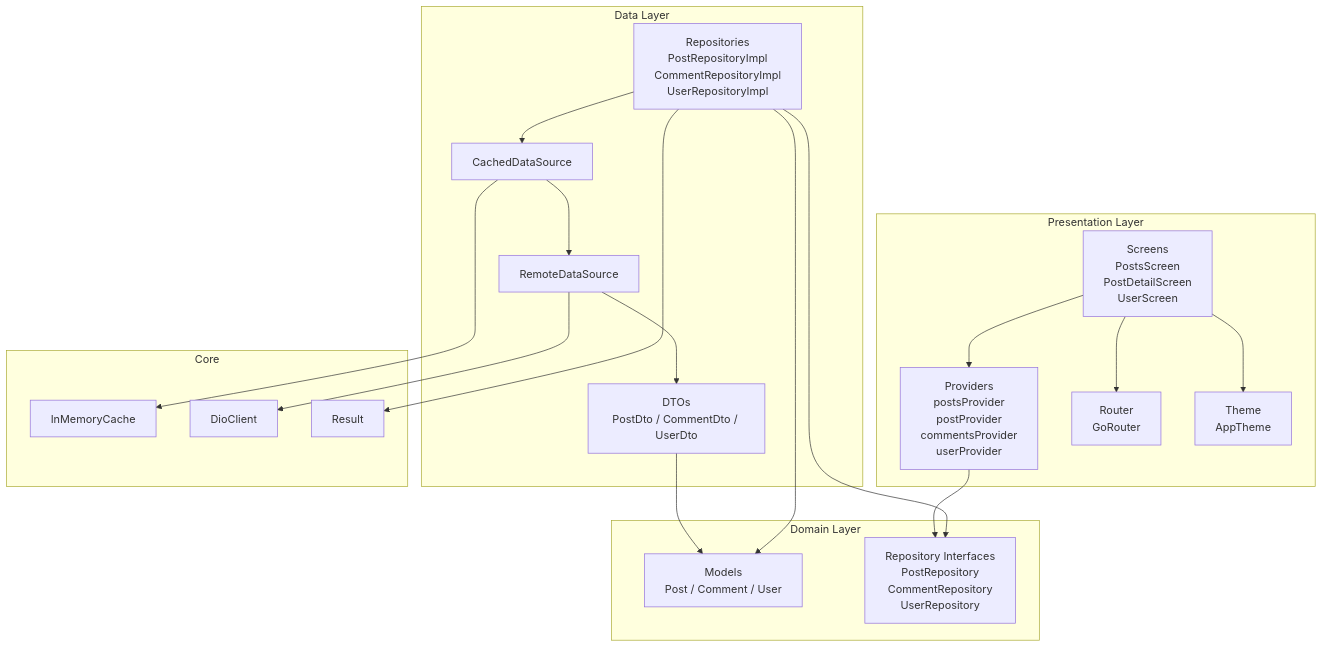
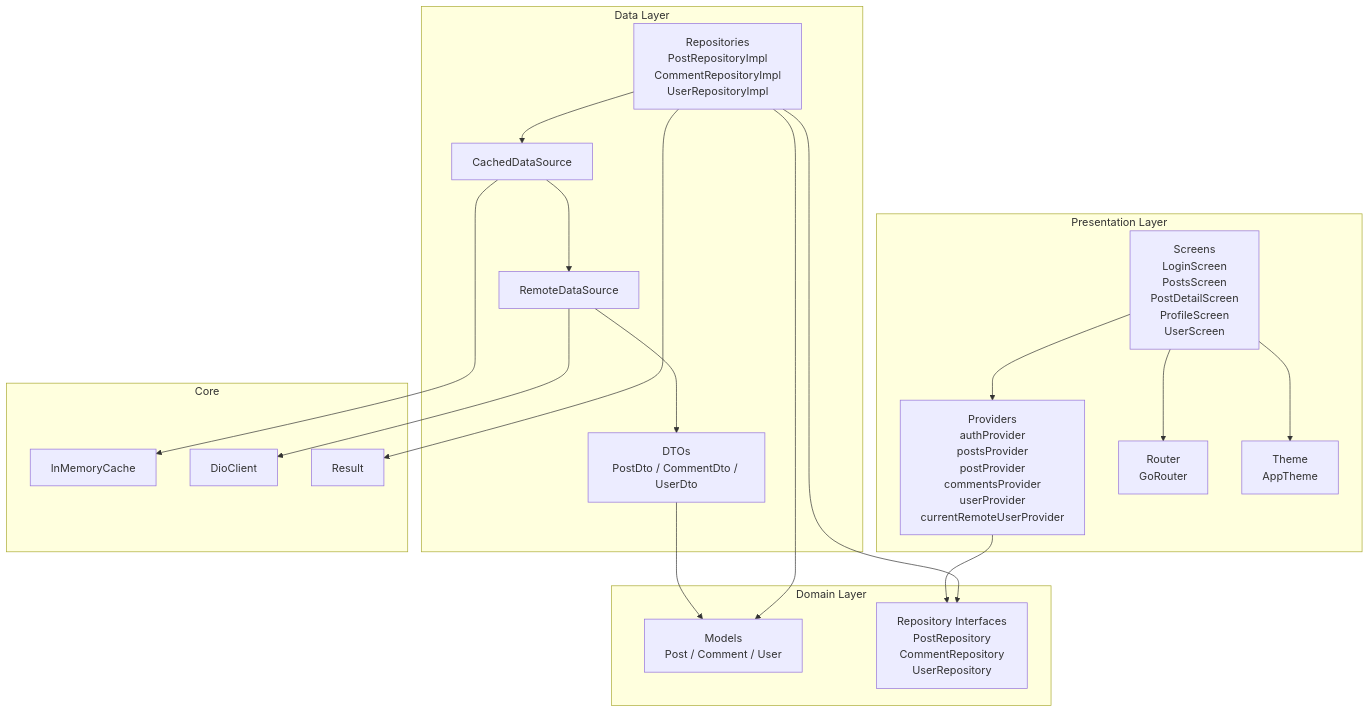
One commit to jz709u/flutter_posts changed the first of 5 diagrams in SCREEN_FLOW.md. Above: the diagram before and after it, drawn with Mermaid. The commit also changed other lines of this file and 1 other file, not shown here.

Commit message:
Update docs for auth and comment flows

````diff
--- a/SCREEN_FLOW.md
+++ b/SCREEN_FLOW.md
@@ -5,41 +5,41 @@
 ```mermaid
 graph TD
     subgraph Presentation["Presentation Layer"]
-        UI["Screens<br/>PostsScreen<br/>PostDetailScreen<br/>UserScreen"]
-        PROV["Providers<br/>postsProvider<br/>postProvider<br/>commentsProvider<br/>userProvider"]
+        UI["Screens<br/>LoginScreen<br/>PostsScreen<br/>PostDetailScreen<br/>ProfileScreen<br/>UserScreen"]
+        PROV["Providers<br/>authProvider<br/>postsProvider<br/>postProvider<br/>commentsProvider<br/>userProvider<br/>currentRemoteUserProvider"]
         ROUTER["Router<br/>GoRouter"]
         THEME["Theme<br/>AppTheme"]
     end
 
     subgraph Data["Data Layer"]
         REPO["Repositories<br/>PostRepositoryImpl<br/>CommentRepositoryImpl<br/>UserRepositoryImpl"]
         CDS["CachedDataSource"]
         RDS["RemoteDataSource"]
         DTOS["DTOs<br/>PostDto / CommentDto / UserDto"]
     end
 
     subgraph Core["Core"]
         CACHE["InMemoryCache"]
         DIO["DioClient"]
         RESULT["Result"]
     end
 
     subgraph Domain["Domain Layer"]
         MODELS["Models<br/>Post / Comment / User"]
         IFACE["Repository Interfaces<br/>PostRepository<br/>CommentRepository<br/>UserRepository"]
     end
 
     UI --> PROV
     UI --> ROUTER
     UI --> THEME
     PROV --> IFACE
     REPO --> CDS
     CDS --> RDS
     CDS --> CACHE
     RDS --> DIO
     RDS --> DTOS
     DTOS --> MODELS
     REPO --> RESULT
     REPO --> IFACE
     REPO --> MODELS
 ```
````
